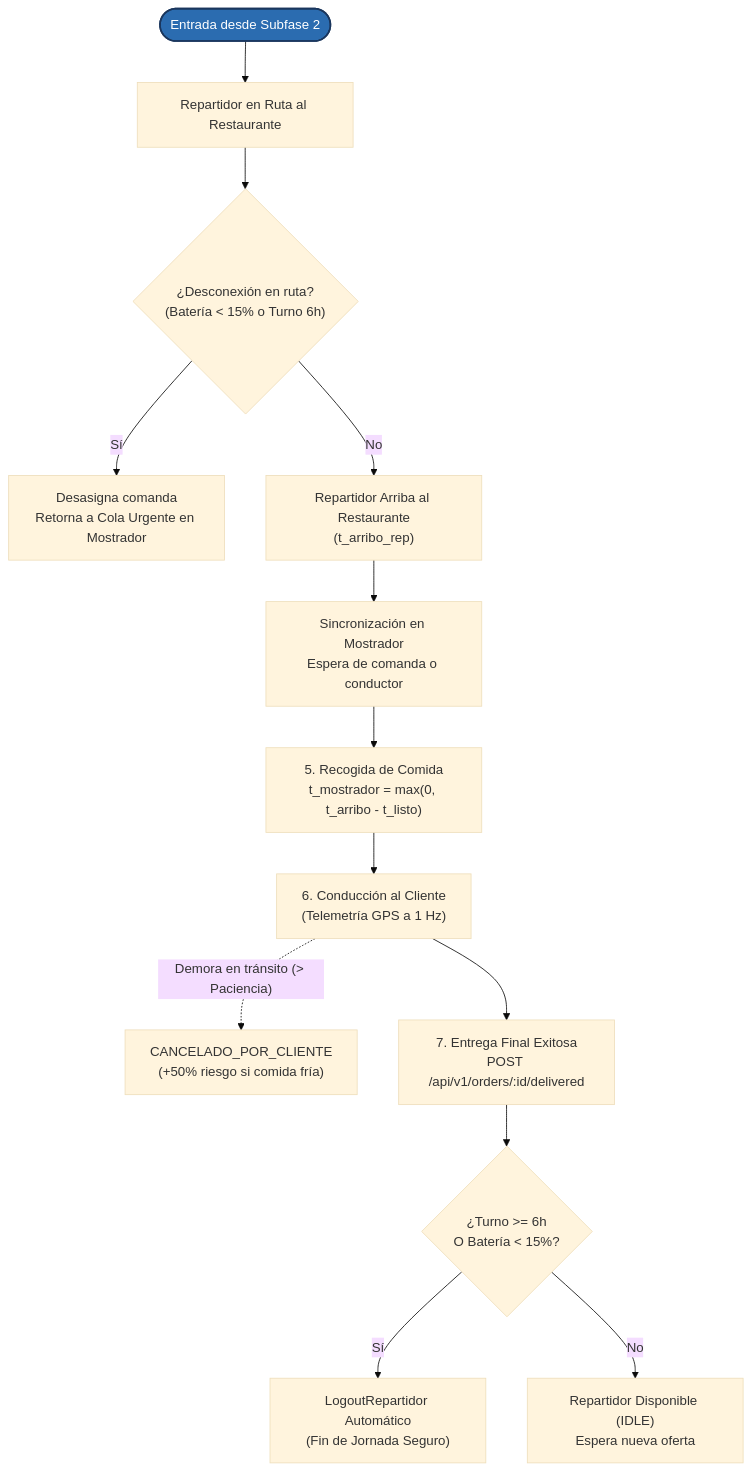
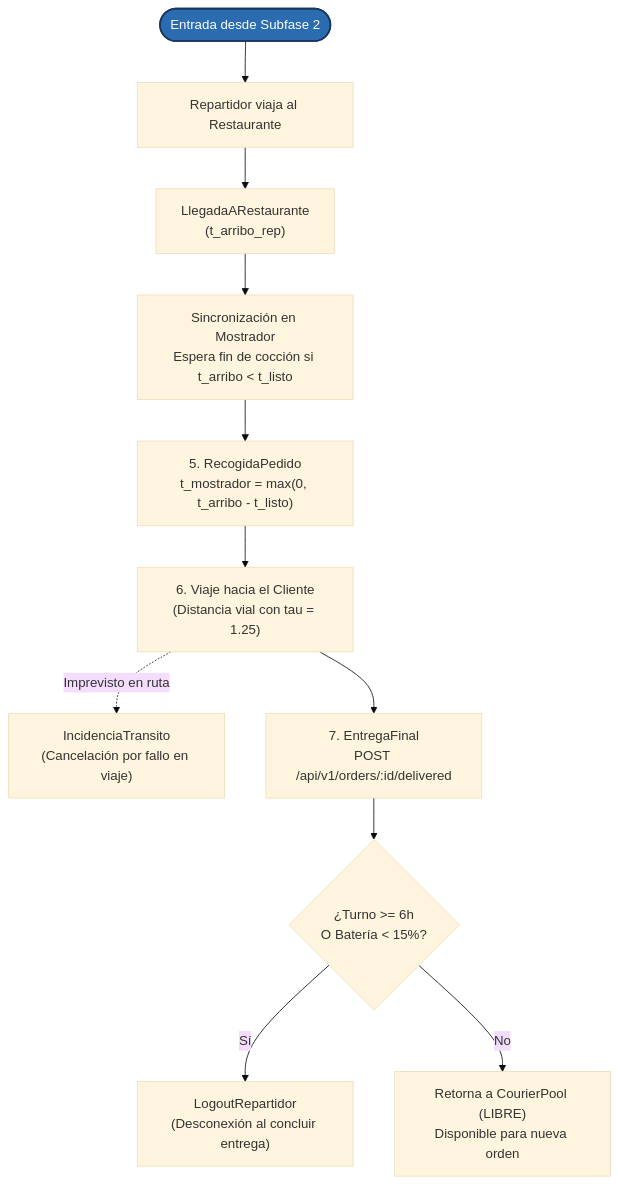
One commit to Juancho432/quickdelivery-sim changed the fifth of 6 diagrams in docs/Planteamiento_Proyecto.md. Above: the diagram before and after it, drawn with Mermaid (base theme). The commit also changed other lines of this file and 3 other files, not shown here.

````diff
--- a/docs/Planteamiento_Proyecto.md
+++ b/docs/Planteamiento_Proyecto.md
@@ -417,18 +396,16 @@
 ```mermaid
 flowchart TD
-    IN_C(["Entrada desde Subfase 2"]):::sublink --> VIAJE["Repartidor en Ruta al Restaurante"]
-    VIAJE --> CHK_DISC{"¿Desconexión en ruta?\n(Batería < 15% o Turno 6h)"}
-    CHK_DISC -- Sí --> REASIG["Desasigna comanda\nRetorna a Cola Urgente en Mostrador"]
-    CHK_DISC -- No --> ARRIBO["Repartidor Arriba al Restaurante\n(t_arribo_rep)"]
+    IN_C(["Entrada desde Subfase 2"]):::sublink --> VIAJE["Repartidor viaja al Restaurante"]
+    VIAJE --> ARRIBO["LlegadaARestaurante\n(t_arribo_rep)"]
 
-    ARRIBO --> SYNC_M["Sincronización en Mostrador\nEspera de comanda o conductor"]
-    SYNC_M --> REC["5. Recogida de Comida\nt_mostrador = max(0, t_arribo - t_listo)"]
-    REC --> P6["6. Conducción al Cliente\n(Telemetría GPS a 1 Hz)"]
-    P6 -.->|"Demora en tránsito (> Paciencia)"| CANC_TRANS["CANCELADO_POR_CLIENTE\n(+50% riesgo si comida fría)"]
-    P6 --> P7["7. Entrega Final Exitosa\nPOST /api/v1/orders/:id/delivered"]
+    ARRIBO --> SYNC_M["Sincronización en Mostrador\nEspera fin de cocción si t_arribo < t_listo"]
+    SYNC_M --> REC["5. RecogidaPedido\nt_mostrador = max(0, t_arribo - t_listo)"]
+    REC --> P6["6. Viaje hacia el Cliente\n(Distancia vial con tau = 1.25)"]
+    P6 -.->|Imprevisto en ruta| INC_TR["IncidenciaTransito\n(Cancelación por fallo en viaje)"]
+    P6 --> P7["7. EntregaFinal\nPOST /api/v1/orders/:id/delivered"]
     P7 --> CHK_TURNO{"¿Turno >= 6h\nO Batería < 15%?"}
-    CHK_TURNO -- Sí --> LOGOUT["LogoutRepartidor Automático\n(Fin de Jornada Seguro)"]
-    CHK_TURNO -- No --> LIBRE["Repartidor Disponible (IDLE)\nEspera nueva oferta"]
+    CHK_TURNO -- Sí --> LOGOUT["LogoutRepartidor\n(Desconexión al concluir entrega)"]
+    CHK_TURNO -- No --> LIBRE["Retorna a CourierPool (LIBRE)\nDisponible para nueva orden"]
 
     classDef sublink fill:#2b6cb0,stroke:#1a365d,stroke-width:2px,color:#fff;
 ```
````
